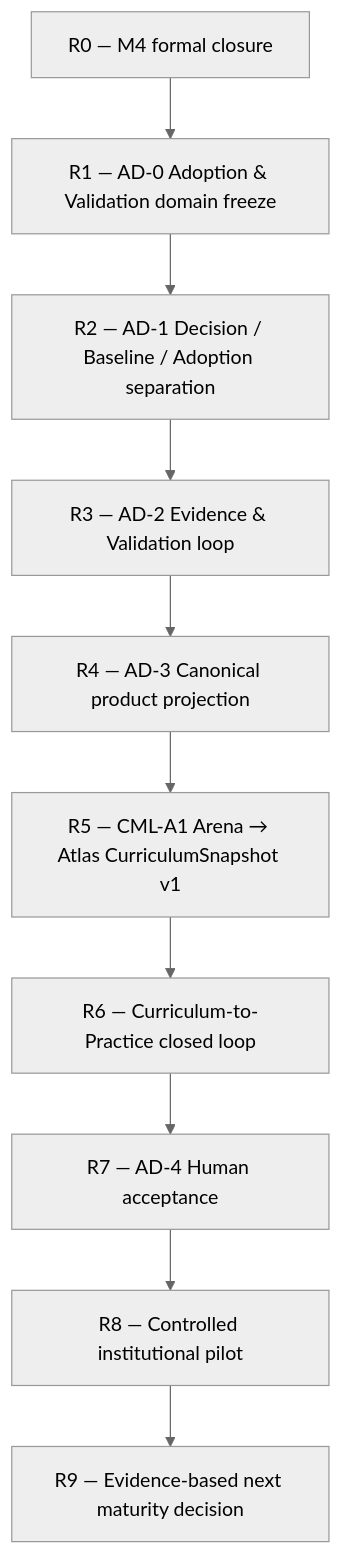
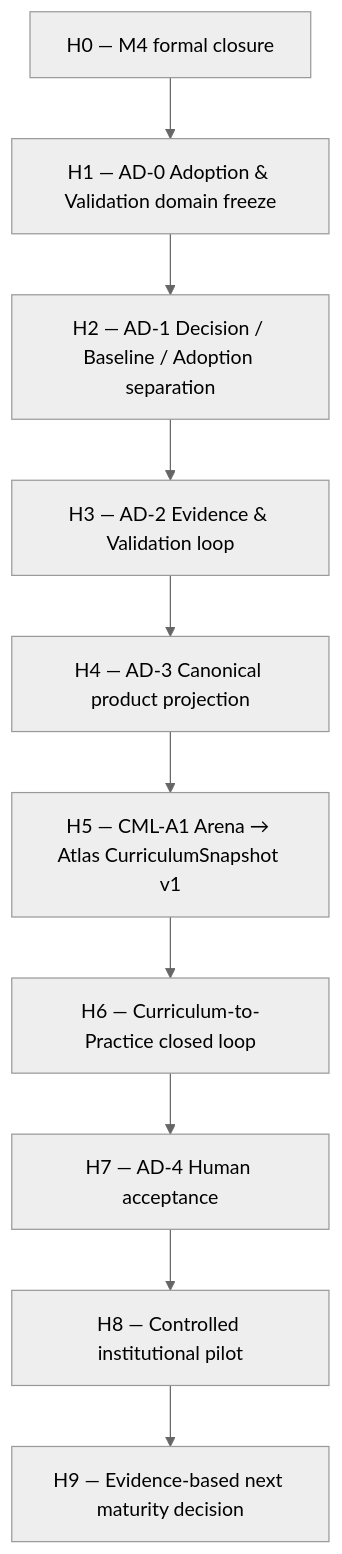
One commit to antoniocorsano-boop/CurManLight_arena changed the first of 2 diagrams in docs/architecture/ARENA_PRODUCT_ROADMAP_2026_2027.md. Above: the diagram before and after it, drawn with Mermaid (neutral theme). The commit also changed other lines of this file, not shown here.

Commit message:
docs: namespace roadmap as non-execution strategic horizons

````diff
--- a/docs/architecture/ARENA_PRODUCT_ROADMAP_2026_2027.md
+++ b/docs/architecture/ARENA_PRODUCT_ROADMAP_2026_2027.md
@@ -119,15 +123,15 @@
 ```mermaid
 flowchart TD
-    R0["R0 — M4 formal closure"]
-    R1["R1 — AD-0 Adoption & Validation domain freeze"]
-    R2["R2 — AD-1 Decision / Baseline / Adoption separation"]
-    R3["R3 — AD-2 Evidence & Validation loop"]
-    R4["R4 — AD-3 Canonical product projection"]
-    R5["R5 — CML-A1 Arena → Atlas CurriculumSnapshot v1"]
-    R6["R6 — Curriculum-to-Practice closed loop"]
-    R7["R7 — AD-4 Human acceptance"]
-    R8["R8 — Controlled institutional pilot"]
-    R9["R9 — Evidence-based next maturity decision"]
+    H0["H0 — M4 formal closure"]
+    H1["H1 — AD-0 Adoption & Validation domain freeze"]
+    H2["H2 — AD-1 Decision / Baseline / Adoption separation"]
+    H3["H3 — AD-2 Evidence & Validation loop"]
+    H4["H4 — AD-3 Canonical product projection"]
+    H5["H5 — CML-A1 Arena → Atlas CurriculumSnapshot v1"]
+    H6["H6 — Curriculum-to-Practice closed loop"]
+    H7["H7 — AD-4 Human acceptance"]
+    H8["H8 — Controlled institutional pilot"]
+    H9["H9 — Evidence-based next maturity decision"]
 
-    R0 --> R1 --> R2 --> R3 --> R4 --> R5 --> R6 --> R7 --> R8 --> R9
+    H0 --> H1 --> H2 --> H3 --> H4 --> H5 --> H6 --> H7 --> H8 --> H9
 ```
````
